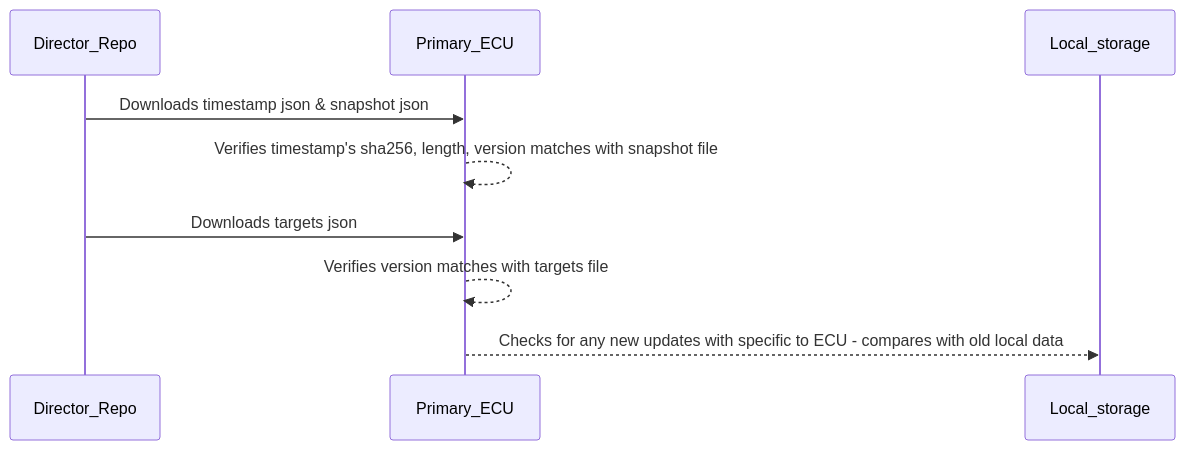
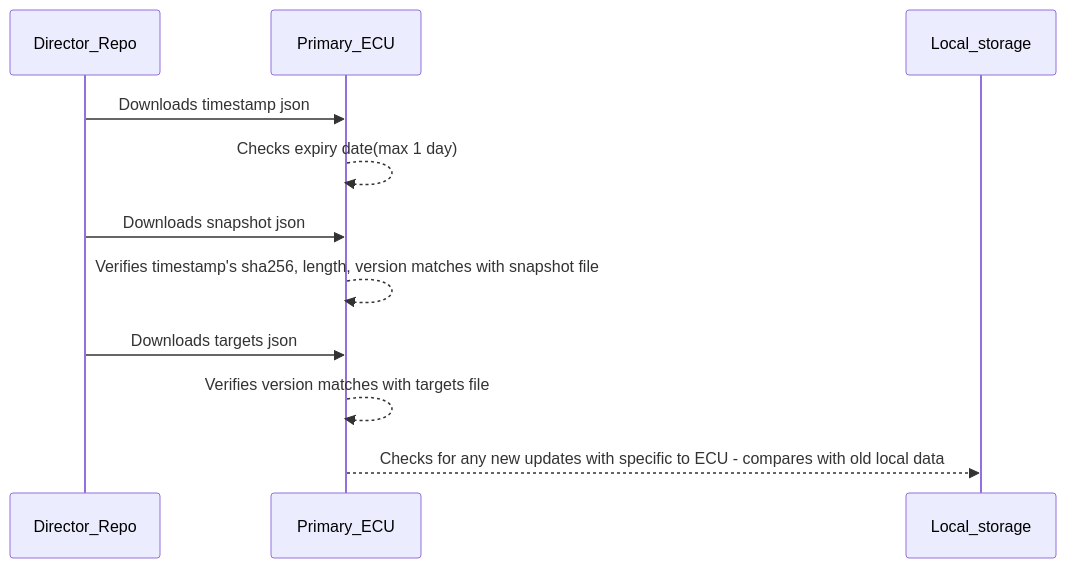
Before and after one commit to yokesharun/uptane: the fourth of 6 diagrams in uptane-workflows.md, drawn with Mermaid. The commit also changed other lines of this file, not shown here.

````diff
--- a/uptane-workflows.md
+++ b/uptane-workflows.md
@@ -33,8 +33,10 @@
 ```mermaid
 sequenceDiagram
-    Director_Repo->>Primary_ECU: Downloads timestamp json & snapshot json
+    Director_Repo->>Primary_ECU: Downloads timestamp json
+    Primary_ECU-->>Primary_ECU: Checks expiry date(max 1 day)
+    Director_Repo->>Primary_ECU: Downloads snapshot json
     Primary_ECU-->>Primary_ECU: Verifies timestamp's sha256, length, version matches with snapshot file
     Director_Repo->>Primary_ECU: Downloads targets json
     Primary_ECU-->>Primary_ECU: Verifies version matches with targets file
     Primary_ECU-->>Local_storage: Checks for any new updates with specific to ECU - compares with old local data
 ```
````
